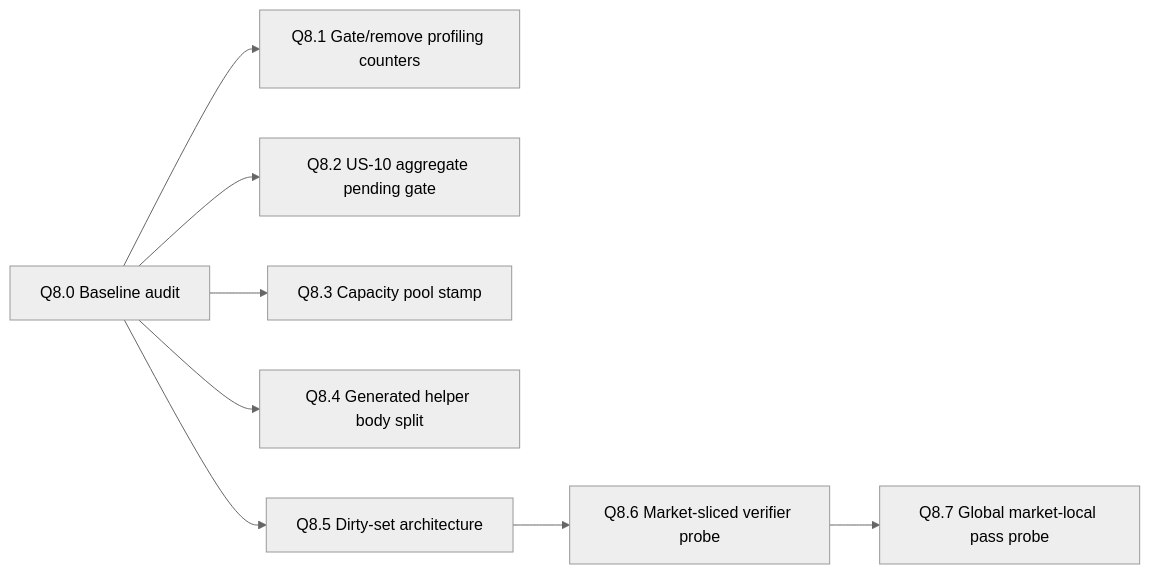
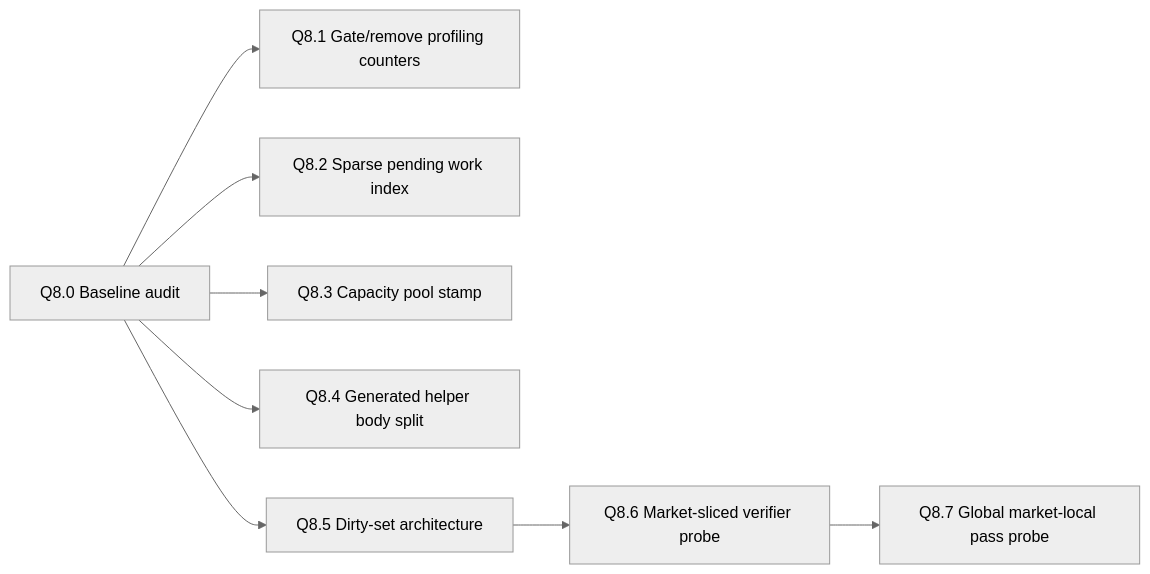
One commit to eu5mod/eu5-no-void-economy changed the diagram in docs/audits/q8/Q8_IMPLEMENTATION_BACKLOG.md. Above: the diagram before and after it, drawn with Mermaid (neutral theme). The commit also changed other lines of this file and 8 other files, not shown here.

````diff
--- a/docs/audits/q8/Q8_IMPLEMENTATION_BACKLOG.md
+++ b/docs/audits/q8/Q8_IMPLEMENTATION_BACKLOG.md
@@ -7,10 +7,10 @@
 ```mermaid
 flowchart LR
     A[Q8.0 Baseline audit] --> B[Q8.1 Gate/remove profiling counters]
-    A --> C[Q8.2 US-10 aggregate pending gate]
+    A --> C[Q8.2 Sparse pending work index]
     A --> D[Q8.3 Capacity pool stamp]
     A --> E[Q8.4 Generated helper body split]
     A --> F[Q8.5 Dirty-set architecture]
     F --> G[Q8.6 Market-sliced verifier probe]
     G --> H[Q8.7 Global market-local pass probe]
 ```
````
